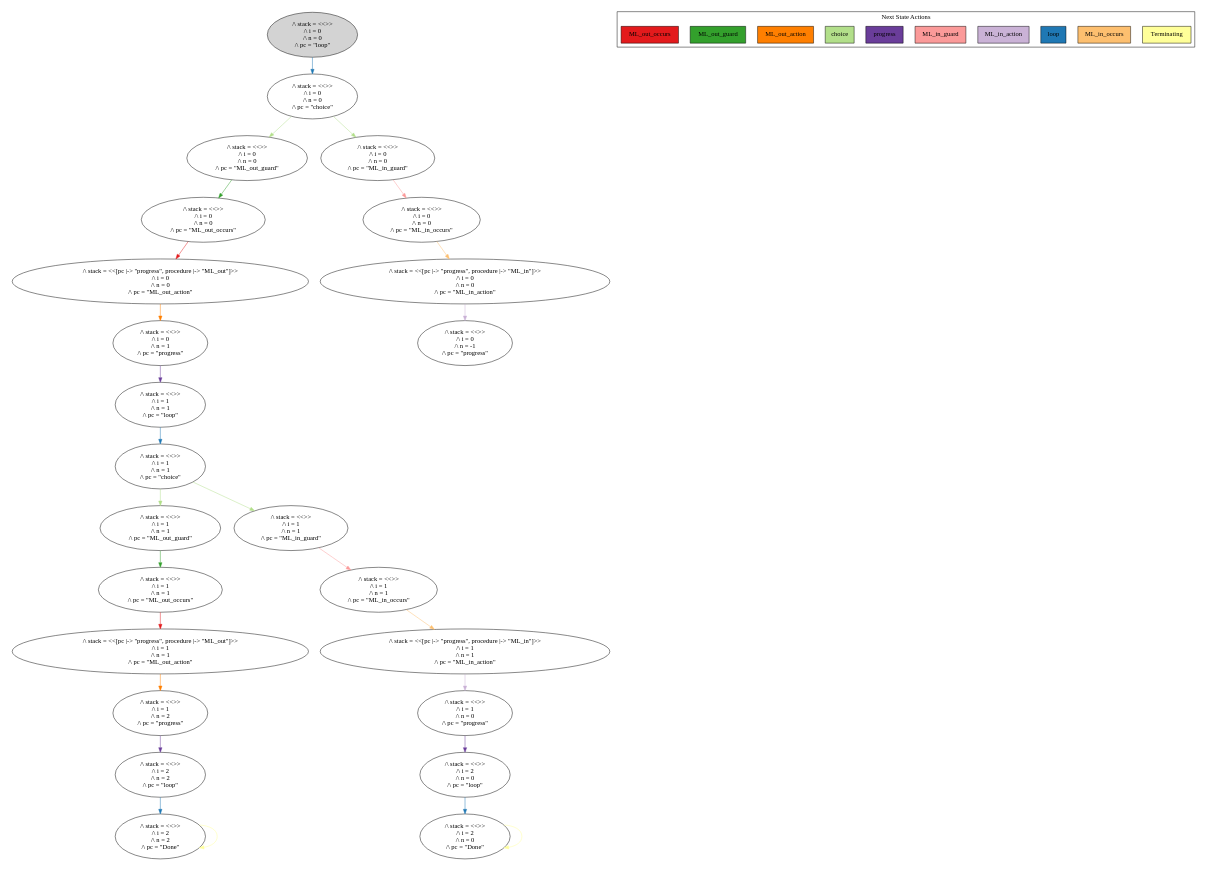
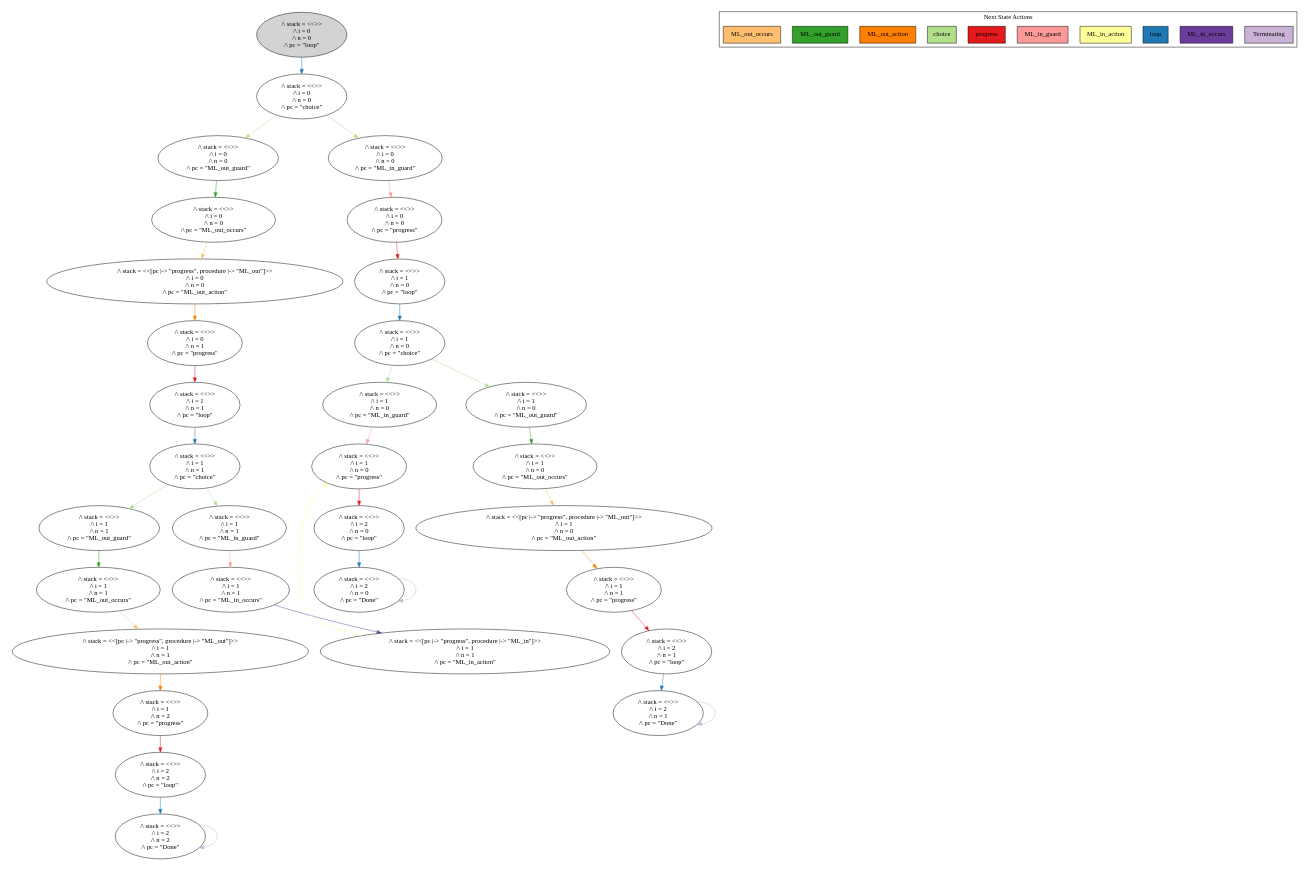
Before and after one commit to A-Chidalu/EECS4315: the diagram in bridge_controller_m0.toolbox/Model_1_d_2_bound_2_SnapShot_1675631267716/Model_1_d_2_bound_2_SnapShot_1675631267716.dot, drawn with Graphviz. The commit also changed 10 other files, not shown here.

```diff
--- a/bridge_controller_m0.toolbox/Model_1_d_2_bound_2_SnapShot_1675631267716/Model_1_d_2_bound_2_SnapShot_1675631267716.dot
+++ b/bridge_controller_m0.toolbox/Model_1_d_2_bound_2_SnapShot_1675631267716/Model_1_d_2_bound_2_SnapShot_1675631267716.dot
@@ -1,82 +1,98 @@
 strict digraph DiskGraph {
 edge [colorscheme="paired12"]
 nodesep=0.35;
 subgraph cluster_graph {
 color="white";
-5136676110531001742 [label="/\\ stack = <<>>\n/\\ i = 0\n/\\ n = 0\n/\\ pc = \"loop\"",style = filled]
-5136676110531001742 -> 1734285260077875953 [label="",color="2",fontcolor="2"];
-1734285260077875953 [label="/\\ stack = <<>>\n/\\ i = 0\n/\\ n = 0\n/\\ pc = \"choice\""];
-1734285260077875953 -> 6595811693612403440 [label="",color="3",fontcolor="3"];
-6595811693612403440 [label="/\\ stack = <<>>\n/\\ i = 0\n/\\ n = 0\n/\\ pc = \"ML_out_guard\""];
-1734285260077875953 -> 6262573432557176779 [label="",color="3",fontcolor="3"];
-6262573432557176779 [label="/\\ stack = <<>>\n/\\ i = 0\n/\\ n = 0\n/\\ pc = \"ML_in_guard\""];
-6595811693612403440 -> -5452422427096532033 [label="",color="4",fontcolor="4"];
--5452422427096532033 [label="/\\ stack = <<>>\n/\\ i = 0\n/\\ n = 0\n/\\ pc = \"ML_out_occurs\""];
-6262573432557176779 -> -5659749957122620575 [label="",color="5",fontcolor="5"];
--5659749957122620575 [label="/\\ stack = <<>>\n/\\ i = 0\n/\\ n = 0\n/\\ pc = \"ML_in_occurs\""];
--5452422427096532033 -> 8214631845496296422 [label="",color="6",fontcolor="6"];
-8214631845496296422 [label="/\\ stack = <<[pc |-> \"progress\", procedure |-> \"ML_out\"]>>\n/\\ i = 0\n/\\ n = 0\n/\\ pc = \"ML_out_action\""];
--5659749957122620575 -> -8293427849053499752 [label="",color="7",fontcolor="7"];
--8293427849053499752 [label="/\\ stack = <<[pc |-> \"progress\", procedure |-> \"ML_in\"]>>\n/\\ i = 0\n/\\ n = 0\n/\\ pc = \"ML_in_action\""];
-8214631845496296422 -> -6983565411177565290 [label="",color="8",fontcolor="8"];
--6983565411177565290 [label="/\\ stack = <<>>\n/\\ i = 0\n/\\ n = 1\n/\\ pc = \"progress\""];
--8293427849053499752 -> 1057486014699516324 [label="",color="9",fontcolor="9"];
-1057486014699516324 [label="/\\ stack = <<>>\n/\\ i = 0\n/\\ n = -1\n/\\ pc = \"progress\""];
--6983565411177565290 -> 5932959814270054055 [label="",color="10",fontcolor="10"];
-5932959814270054055 [label="/\\ stack = <<>>\n/\\ i = 1\n/\\ n = 1\n/\\ pc = \"loop\""];
-5932959814270054055 -> 5570888767521682819 [label="",color="2",fontcolor="2"];
-5570888767521682819 [label="/\\ stack = <<>>\n/\\ i = 1\n/\\ n = 1\n/\\ pc = \"choice\""];
-5570888767521682819 -> -3242694003981764762 [label="",color="3",fontcolor="3"];
--3242694003981764762 [label="/\\ stack = <<>>\n/\\ i = 1\n/\\ n = 1\n/\\ pc = \"ML_out_guard\""];
-5570888767521682819 -> -8593554816360016414 [label="",color="3",fontcolor="3"];
--8593554816360016414 [label="/\\ stack = <<>>\n/\\ i = 1\n/\\ n = 1\n/\\ pc = \"ML_in_guard\""];
--3242694003981764762 -> 7295530531526581601 [label="",color="4",fontcolor="4"];
-7295530531526581601 [label="/\\ stack = <<>>\n/\\ i = 1\n/\\ n = 1\n/\\ pc = \"ML_out_occurs\""];
--8593554816360016414 -> 4035825975188963063 [label="",color="5",fontcolor="5"];
-4035825975188963063 [label="/\\ stack = <<>>\n/\\ i = 1\n/\\ n = 1\n/\\ pc = \"ML_in_occurs\""];
-7295530531526581601 -> -6671017634465958600 [label="",color="6",fontcolor="6"];
--6671017634465958600 [label="/\\ stack = <<[pc |-> \"progress\", procedure |-> \"ML_out\"]>>\n/\\ i = 1\n/\\ n = 1\n/\\ pc = \"ML_out_action\""];
-4035825975188963063 -> 401232125964563214 [label="",color="7",fontcolor="7"];
-401232125964563214 [label="/\\ stack = <<[pc |-> \"progress\", procedure |-> \"ML_in\"]>>\n/\\ i = 1\n/\\ n = 1\n/\\ pc = \"ML_in_action\""];
--6671017634465958600 -> 4488506693189892244 [label="",color="8",fontcolor="8"];
-4488506693189892244 [label="/\\ stack = <<>>\n/\\ i = 1\n/\\ n = 2\n/\\ pc = \"progress\""];
-401232125964563214 -> -7534830358851622600 [label="",color="9",fontcolor="9"];
--7534830358851622600 [label="/\\ stack = <<>>\n/\\ i = 1\n/\\ n = 0\n/\\ pc = \"progress\""];
-4488506693189892244 -> 7887865458379348956 [label="",color="10",fontcolor="10"];
-7887865458379348956 [label="/\\ stack = <<>>\n/\\ i = 2\n/\\ n = 2\n/\\ pc = \"loop\""];
--7534830358851622600 -> -8187794799832131465 [label="",color="10",fontcolor="10"];
--8187794799832131465 [label="/\\ stack = <<>>\n/\\ i = 2\n/\\ n = 0\n/\\ pc = \"loop\""];
-7887865458379348956 -> 6406509581834147102 [label="",color="2",fontcolor="2"];
-6406509581834147102 [label="/\\ stack = <<>>\n/\\ i = 2\n/\\ n = 2\n/\\ pc = \"Done\""];
--8187794799832131465 -> -4917876570742516043 [label="",color="2",fontcolor="2"];
--4917876570742516043 [label="/\\ stack = <<>>\n/\\ i = 2\n/\\ n = 0\n/\\ pc = \"Done\""];
-6406509581834147102 -> 6406509581834147102 [label="",color="11",fontcolor="11"];
--4917876570742516043 -> -4917876570742516043 [label="",color="11",fontcolor="11"];
-{rank = same; 5136676110531001742;}
-{rank = same; 1734285260077875953;}
-{rank = same; 6595811693612403440;6262573432557176779;}
-{rank = same; -5452422427096532033;-5659749957122620575;}
-{rank = same; -8293427849053499752;8214631845496296422;}
-{rank = same; -6983565411177565290;}
-{rank = same; 5932959814270054055;}
-{rank = same; 5570888767521682819;}
-{rank = same; -8593554816360016414;-3242694003981764762;}
-{rank = same; 7295530531526581601;4035825975188963063;}
-{rank = same; 401232125964563214;-6671017634465958600;}
-{rank = same; -7534830358851622600;4488506693189892244;}
-{rank = same; 7887865458379348956;-8187794799832131465;}
-{rank = same; -4917876570742516043;6406509581834147102;}
+7914743401879785929 [label="/\\ stack = <<>>\n/\\ i = 0\n/\\ n = 0\n/\\ pc = \"loop\"",style = filled]
+7914743401879785929 -> 868082295305775665 [label="",color="2",fontcolor="2"];
+868082295305775665 [label="/\\ stack = <<>>\n/\\ i = 0\n/\\ n = 0\n/\\ pc = \"choice\""];
+868082295305775665 -> -661180131720687589 [label="",color="3",fontcolor="3"];
+-661180131720687589 [label="/\\ stack = <<>>\n/\\ i = 0\n/\\ n = 0\n/\\ pc = \"ML_out_guard\""];
+868082295305775665 -> 8701231699768340819 [label="",color="3",fontcolor="3"];
+8701231699768340819 [label="/\\ stack = <<>>\n/\\ i = 0\n/\\ n = 0\n/\\ pc = \"ML_in_guard\""];
+-661180131720687589 -> -6479178249354883855 [label="",color="4",fontcolor="4"];
+-6479178249354883855 [label="/\\ stack = <<>>\n/\\ i = 0\n/\\ n = 0\n/\\ pc = \"ML_out_occurs\""];
+8701231699768340819 -> -7550806132917631741 [label="",color="5",fontcolor="5"];
+-7550806132917631741 [label="/\\ stack = <<>>\n/\\ i = 0\n/\\ n = 0\n/\\ pc = \"progress\""];
+-7550806132917631741 -> -4340008049089480045 [label="",color="6",fontcolor="6"];
+-4340008049089480045 [label="/\\ stack = <<>>\n/\\ i = 1\n/\\ n = 0\n/\\ pc = \"loop\""];
+-4340008049089480045 -> 7412831003522142422 [label="",color="2",fontcolor="2"];
+7412831003522142422 [label="/\\ stack = <<>>\n/\\ i = 1\n/\\ n = 0\n/\\ pc = \"choice\""];
+-6479178249354883855 -> 5042677586706553919 [label="",color="7",fontcolor="7"];
+5042677586706553919 [label="/\\ stack = <<[pc |-> \"progress\", procedure |-> \"ML_out\"]>>\n/\\ i = 0\n/\\ n = 0\n/\\ pc = \"ML_out_action\""];
+7412831003522142422 -> 5199669432653758885 [label="",color="3",fontcolor="3"];
+5199669432653758885 [label="/\\ stack = <<>>\n/\\ i = 1\n/\\ n = 0\n/\\ pc = \"ML_out_guard\""];
+5042677586706553919 -> -5974299068086959136 [label="",color="8",fontcolor="8"];
+-5974299068086959136 [label="/\\ stack = <<>>\n/\\ i = 0\n/\\ n = 1\n/\\ pc = \"progress\""];
+5199669432653758885 -> -3067975664260679148 [label="",color="4",fontcolor="4"];
+-3067975664260679148 [label="/\\ stack = <<>>\n/\\ i = 1\n/\\ n = 0\n/\\ pc = \"ML_out_occurs\""];
+7412831003522142422 -> -1144025308398316679 [label="",color="3",fontcolor="3"];
+-1144025308398316679 [label="/\\ stack = <<>>\n/\\ i = 1\n/\\ n = 0\n/\\ pc = \"ML_in_guard\""];
+-3067975664260679148 -> 3927764887933479642 [label="",color="7",fontcolor="7"];
+3927764887933479642 [label="/\\ stack = <<[pc |-> \"progress\", procedure |-> \"ML_out\"]>>\n/\\ i = 1\n/\\ n = 0\n/\\ pc = \"ML_out_action\""];
+-1144025308398316679 -> -2120119396865402963 [label="",color="5",fontcolor="5"];
+-2120119396865402963 [label="/\\ stack = <<>>\n/\\ i = 1\n/\\ n = 0\n/\\ pc = \"progress\""];
+-5974299068086959136 -> 9075570269088381442 [label="",color="6",fontcolor="6"];
+9075570269088381442 [label="/\\ stack = <<>>\n/\\ i = 1\n/\\ n = 1\n/\\ pc = \"loop\""];
+-2120119396865402963 -> -1088072964560082238 [label="",color="6",fontcolor="6"];
+-1088072964560082238 [label="/\\ stack = <<>>\n/\\ i = 2\n/\\ n = 0\n/\\ pc = \"loop\""];
+9075570269088381442 -> 4076082324115169101 [label="",color="2",fontcolor="2"];
+4076082324115169101 [label="/\\ stack = <<>>\n/\\ i = 1\n/\\ n = 1\n/\\ pc = \"choice\""];
+-1088072964560082238 -> 2318175060829032152 [label="",color="2",fontcolor="2"];
+2318175060829032152 [label="/\\ stack = <<>>\n/\\ i = 2\n/\\ n = 0\n/\\ pc = \"Done\""];
+3927764887933479642 -> -2831935334180433586 [label="",color="8",fontcolor="8"];
+-2831935334180433586 [label="/\\ stack = <<>>\n/\\ i = 1\n/\\ n = 1\n/\\ pc = \"progress\""];
+2318175060829032152 -> 2318175060829032152 [label="",color="9",fontcolor="9"];
+4076082324115169101 -> -1195956925924556712 [label="",color="3",fontcolor="3"];
+-1195956925924556712 [label="/\\ stack = <<>>\n/\\ i = 1\n/\\ n = 1\n/\\ pc = \"ML_out_guard\""];
+-2831935334180433586 -> 5679520546036132435 [label="",color="6",fontcolor="6"];
+5679520546036132435 [label="/\\ stack = <<>>\n/\\ i = 2\n/\\ n = 1\n/\\ pc = \"loop\""];
+-1195956925924556712 -> -6860764452186986310 [label="",color="4",fontcolor="4"];
+-6860764452186986310 [label="/\\ stack = <<>>\n/\\ i = 1\n/\\ n = 1\n/\\ pc = \"ML_out_occurs\""];
+4076082324115169101 -> -7292385865099269730 [label="",color="3",fontcolor="3"];
+-7292385865099269730 [label="/\\ stack = <<>>\n/\\ i = 1\n/\\ n = 1\n/\\ pc = \"ML_in_guard\""];
+5679520546036132435 -> -7053735081972150711 [label="",color="2",fontcolor="2"];
+-7053735081972150711 [label="/\\ stack = <<>>\n/\\ i = 2\n/\\ n = 1\n/\\ pc = \"Done\""];
+-7292385865099269730 -> 288515571223388782 [label="",color="5",fontcolor="5"];
+288515571223388782 [label="/\\ stack = <<>>\n/\\ i = 1\n/\\ n = 1\n/\\ pc = \"ML_in_occurs\""];
+-7053735081972150711 -> -7053735081972150711 [label="",color="9",fontcolor="9"];
+-6860764452186986310 -> 4839063018265409652 [label="",color="7",fontcolor="7"];
+4839063018265409652 [label="/\\ stack = <<[pc |-> \"progress\", procedure |-> \"ML_out\"]>>\n/\\ i = 1\n/\\ n = 1\n/\\ pc = \"ML_out_action\""];
+288515571223388782 -> -8605972545450659286 [label="",color="10",fontcolor="10"];
+-8605972545450659286 [label="/\\ stack = <<[pc |-> \"progress\", procedure |-> \"ML_in\"]>>\n/\\ i = 1\n/\\ n = 1\n/\\ pc = \"ML_in_action\""];
+4839063018265409652 -> -7579113631230682517 [label="",color="8",fontcolor="8"];
+-7579113631230682517 [label="/\\ stack = <<>>\n/\\ i = 1\n/\\ n = 2\n/\\ pc = \"progress\""];
+-8605972545450659286 -> -2120119396865402963 [label="",color="11",fontcolor="11"];
+-7579113631230682517 -> 5593116106736535135 [label="",color="6",fontcolor="6"];
+5593116106736535135 [label="/\\ stack = <<>>\n/\\ i = 2\n/\\ n = 2\n/\\ pc = \"loop\""];
+5593116106736535135 -> -7110319595547860411 [label="",color="2",fontcolor="2"];
+-7110319595547860411 [label="/\\ stack = <<>>\n/\\ i = 2\n/\\ n = 2\n/\\ pc = \"Done\""];
+-7110319595547860411 -> -7110319595547860411 [label="",color="9",fontcolor="9"];
+{rank = same; 7914743401879785929;}
+{rank = same; 868082295305775665;}
+{rank = same; -661180131720687589;8701231699768340819;}
+{rank = same; -6479178249354883855;-7550806132917631741;}
+{rank = same; -4340008049089480045;5042677586706553919;}
+{rank = same; -5974299068086959136;7412831003522142422;}
+{rank = same; -1144025308398316679;9075570269088381442;5199669432653758885;}
+{rank = same; -2120119396865402963;-3067975664260679148;4076082324115169101;}
+{rank = same; -1088072964560082238;3927764887933479642;-1195956925924556712;-7292385865099269730;}
+{rank = same; -2831935334180433586;-6860764452186986310;288515571223388782;2318175060829032152;}
+{rank = same; -8605972545450659286;5679520546036132435;4839063018265409652;}
+{rank = same; -7053735081972150711;-7579113631230682517;}
+{rank = same; 5593116106736535135;}
+{rank = same; -7110319595547860411;}
 }
 subgraph cluster_legend {graph[style=bold];label = "Next State Actions" style="solid"
 node [ labeljust="l",colorscheme="paired12",style=filled,shape=record ]
-Terminating [label="Terminating",fillcolor=11]
-ML_in_occurs [label="ML_in_occurs",fillcolor=7]
+Terminating [label="Terminating",fillcolor=9]
+ML_in_occurs [label="ML_in_occurs",fillcolor=10]
 loop [label="loop",fillcolor=2]
-ML_in_action [label="ML_in_action",fillcolor=9]
+ML_in_action [label="ML_in_action",fillcolor=11]
 ML_in_guard [label="ML_in_guard",fillcolor=5]
-progress [label="progress",fillcolor=10]
+progress [label="progress",fillcolor=6]
 choice [label="choice",fillcolor=3]
 ML_out_action [label="ML_out_action",fillcolor=8]
 ML_out_guard [label="ML_out_guard",fillcolor=4]
-ML_out_occurs [label="ML_out_occurs",fillcolor=6]
+ML_out_occurs [label="ML_out_occurs",fillcolor=7]
 }}
```
